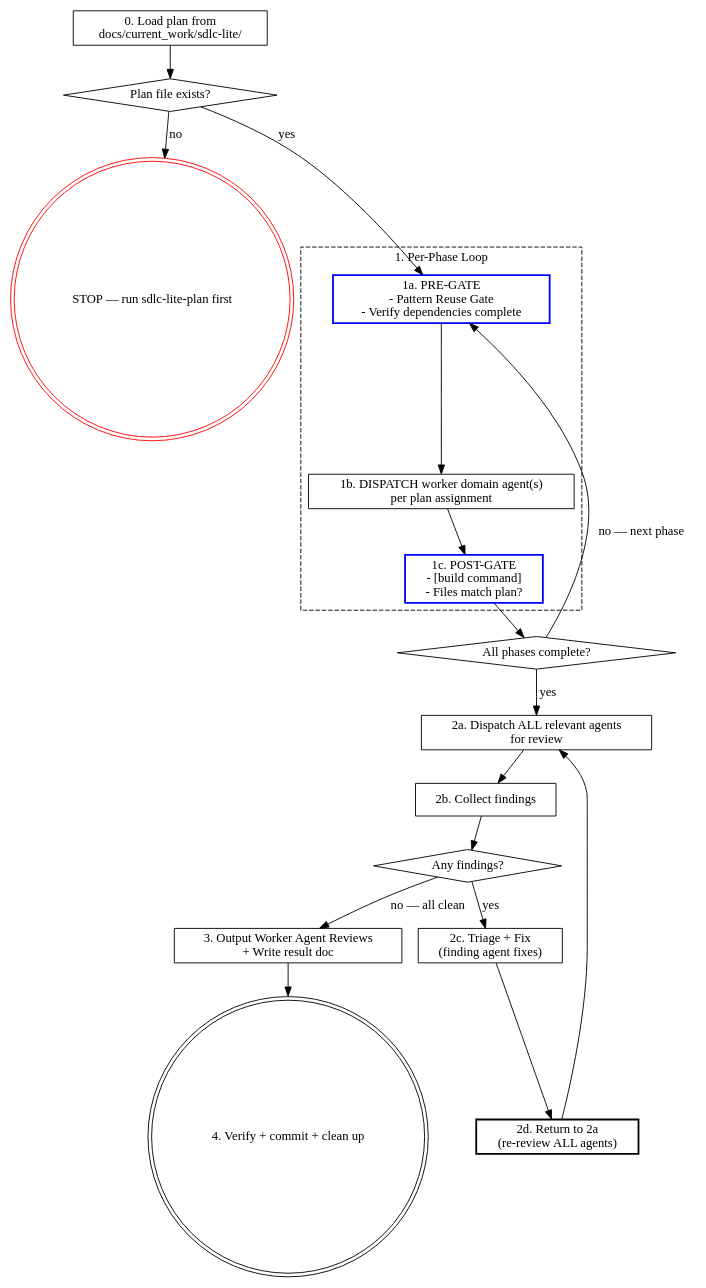
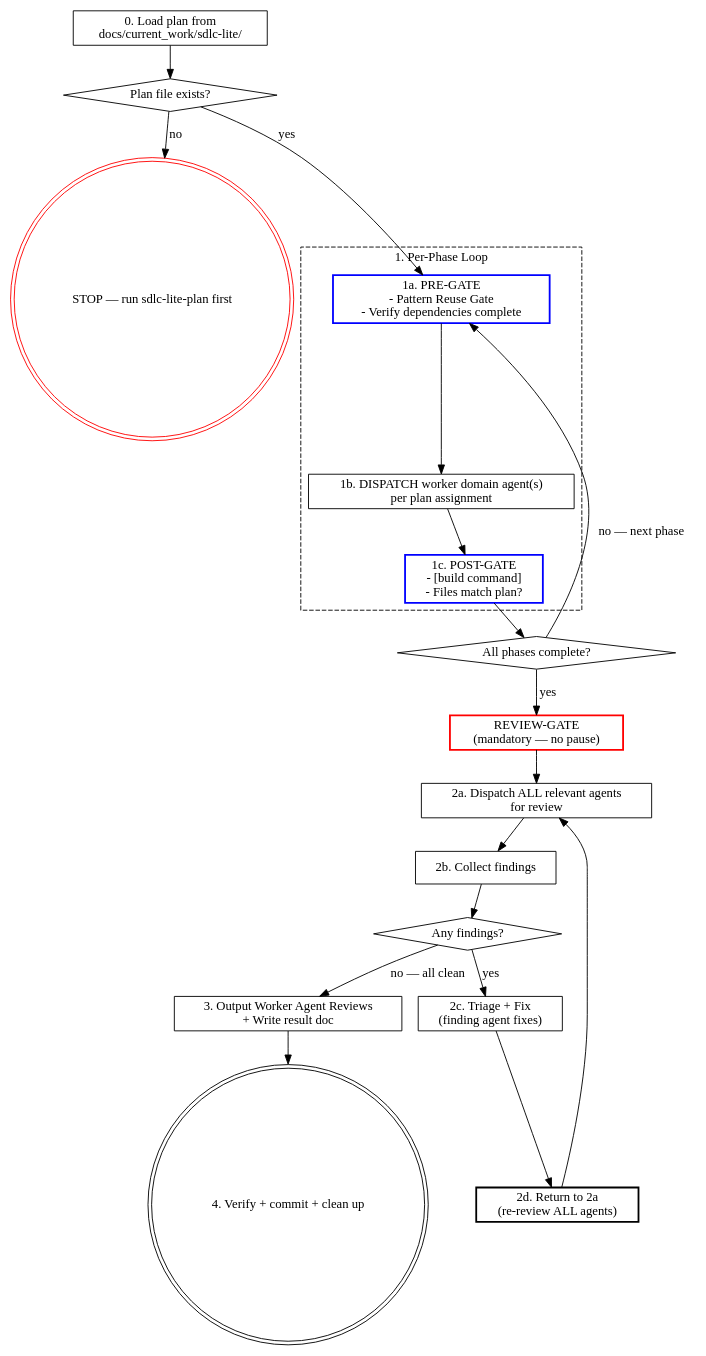
One commit to Inpacchi/cc-sdlc changed the diagram in skills/sdlc-lite-execute/SKILL.md. Above: the diagram before and after it, drawn with Graphviz. The commit also changed other lines of this file and 2 other files, not shown here.

First line of the commit message:
feat: add REVIEW-GATE mandatory output block to execution skills

````diff
--- a/skills/sdlc-lite-execute/SKILL.md
+++ b/skills/sdlc-lite-execute/SKILL.md
@@ -21,43 +21,45 @@
 ```dot
 digraph sdlc_lite_execution {
     rankdir=TB;
 
     "0. Load plan from\ndocs/current_work/sdlc-lite/" [shape=box];
     "Plan file exists?" [shape=diamond];
     "STOP — run sdlc-lite-plan first" [shape=doublecircle, color=red];
 
     subgraph cluster_phase_loop {
         label="1. Per-Phase Loop";
         style=dashed;
 
         "1a. PRE-GATE\n- Pattern Reuse Gate\n- Verify dependencies complete" [shape=box, style=bold, color=blue];
         "1b. DISPATCH worker domain agent(s)\nper plan assignment" [shape=box];
         "1c. POST-GATE\n- [build command]\n- Files match plan?" [shape=box, style=bold, color=blue];
     }
 
     "All phases complete?" [shape=diamond];
     "2a. Dispatch ALL relevant agents\nfor review" [shape=box];
     "2b. Collect findings" [shape=box];
     "Any findings?" [shape=diamond];
     "2c. Triage + Fix\n(finding agent fixes)" [shape=box];
     "2d. Return to 2a\n(re-review ALL agents)" [shape=box, style=bold];
     "3. Output Worker Agent Reviews\n+ Write result doc" [shape=box];
     "4. Verify + commit + clean up" [shape=doublecircle];
 
     "0. Load plan from\ndocs/current_work/sdlc-lite/" -> "Plan file exists?";
     "Plan file exists?" -> "STOP — run sdlc-lite-plan first" [label="no"];
     "Plan file exists?" -> "1a. PRE-GATE\n- Pattern Reuse Gate\n- Verify dependencies complete" [label="yes"];
     "1a. PRE-GATE\n- Pattern Reuse Gate\n- Verify dependencies complete" -> "1b. DISPATCH worker domain agent(s)\nper plan assignment";
     "1b. DISPATCH worker domain agent(s)\nper plan assignment" -> "1c. POST-GATE\n- [build command]\n- Files match plan?";
     "1c. POST-GATE\n- [build command]\n- Files match plan?" -> "All phases complete?";
     "All phases complete?" -> "1a. PRE-GATE\n- Pattern Reuse Gate\n- Verify dependencies complete" [label="no — next phase"];
-    "All phases complete?" -> "2a. Dispatch ALL relevant agents\nfor review" [label="yes"];
+    "All phases complete?" -> "REVIEW-GATE\n(mandatory — no pause)" [label="yes"];
+    "REVIEW-GATE\n(mandatory — no pause)" [shape=box, style=bold, color=red];
+    "REVIEW-GATE\n(mandatory — no pause)" -> "2a. Dispatch ALL relevant agents\nfor review";
     "2a. Dispatch ALL relevant agents\nfor review" -> "2b. Collect findings";
     "2b. Collect findings" -> "Any findings?";
     "Any findings?" -> "2c. Triage + Fix\n(finding agent fixes)" [label="yes"];
     "2c. Triage + Fix\n(finding agent fixes)" -> "2d. Return to 2a\n(re-review ALL agents)";
     "2d. Return to 2a\n(re-review ALL agents)" -> "2a. Dispatch ALL relevant agents\nfor review";
     "Any findings?" -> "3. Output Worker Agent Reviews\n+ Write result doc" [label="no — all clean"];
     "3. Output Worker Agent Reviews\n+ Write result doc" -> "4. Verify + commit + clean up";
 }
 ```
````
